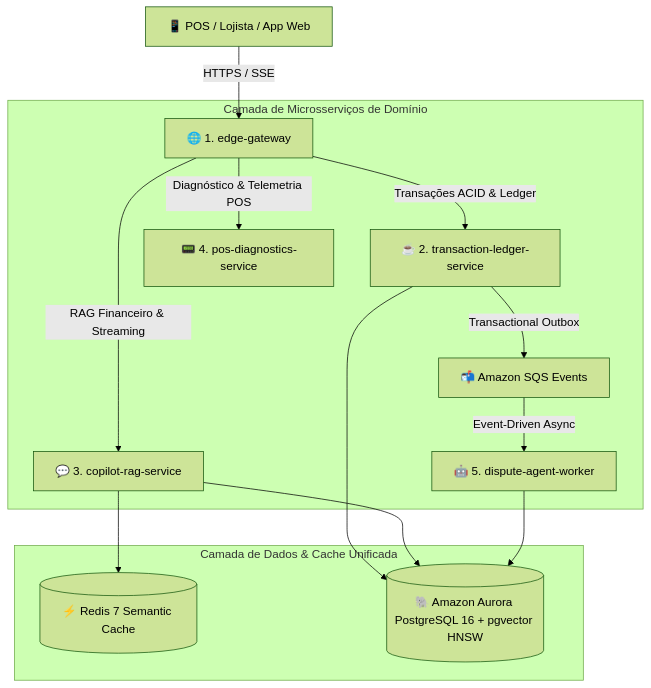
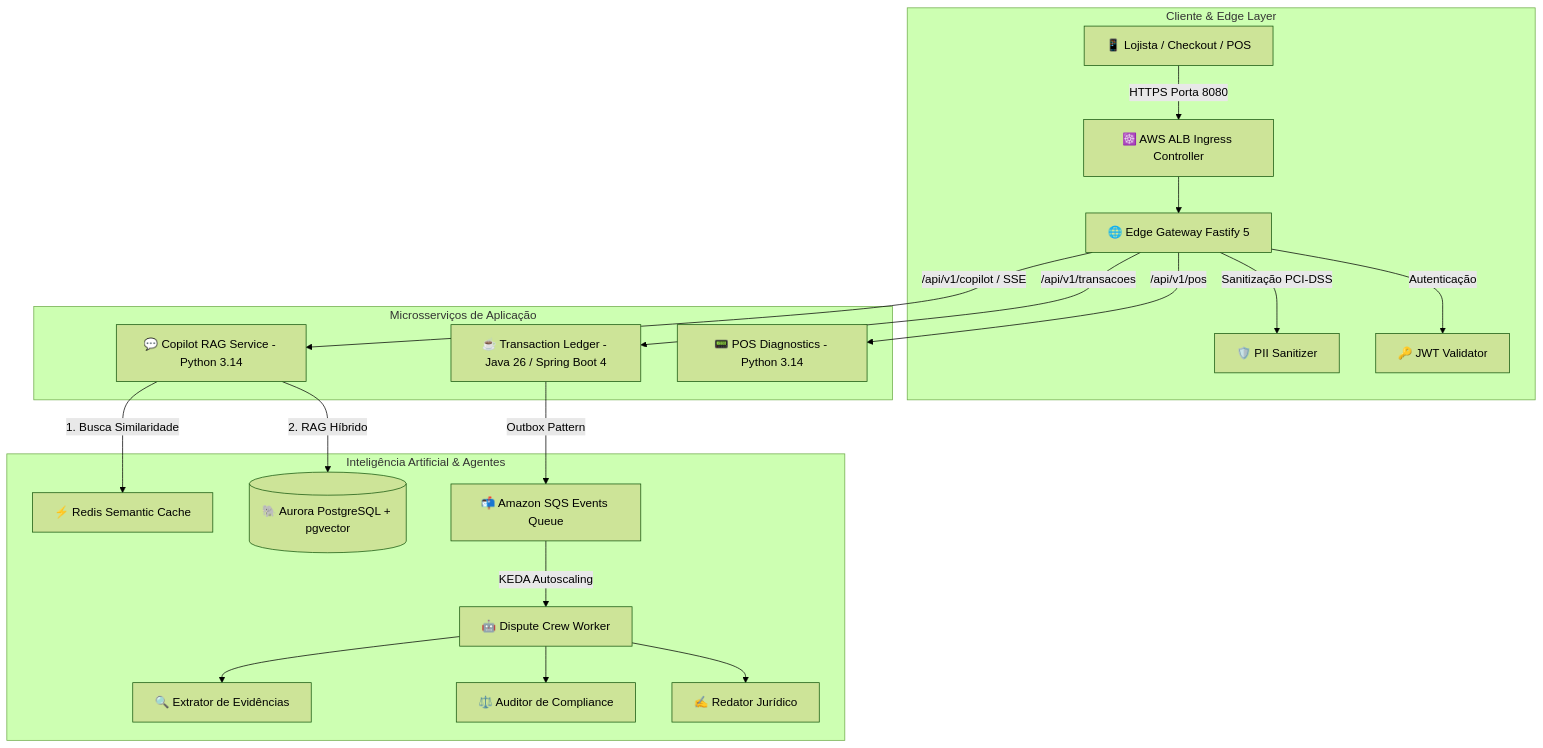
Before and after one commit to MarcelDevBr/nexuspay-ai-engine: the first of 2 diagrams in README.md, drawn with Mermaid (forest theme). The commit also changed other lines of this file and 1 other file, not shown here.

Commit message:
docs: add architectural documentation and update README with comprehensive system overview

````diff
--- a/README.md
+++ b/README.md
@@ -68,18 +65,25 @@
 ```mermaid
-graph TD
-    Client[📱 POS / Lojista / App Web] -->|HTTPS / SSE| EdgeGateway[🌐 1. edge-gateway]
-    
-    subgraph "Camada de Microsserviços de Domínio"
-        EdgeGateway -->|Transações ACID & Ledger| TransactionalCore[☕ 2. transaction-ledger-service]
-        EdgeGateway -->|RAG Financeiro & Streaming| CopilotService[💬 3. copilot-rag-service]
-        EdgeGateway -->|Diagnóstico & Telemetria POS| PosDiagnostics[📟 4. pos-diagnostics-service]
-        
-        TransactionalCore -->|Transactional Outbox| SQS[📬 Amazon SQS Events]
-        SQS -->|Event-Driven Async| DisputeWorker[🤖 5. dispute-agent-worker]
+graph TB
+    subgraph "Cliente & Edge Layer"
+        User[📱 Lojista / Checkout / POS] -->|HTTPS Porta 8080| Ingress[☸️ AWS ALB Ingress Controller]
+        Ingress --> Gateway[🌐 Edge Gateway Fastify 5]
+        Gateway -->|Sanitização PCI-DSS| PII[🛡️ PII Sanitizer]
+        Gateway -->|Autenticação| JWT[🔑 JWT Validator]
     end
-    
-    subgraph "Camada de Dados & Cache Unificada"
-        CopilotService --> Redis[(⚡ Redis 7 Semantic Cache)]
-        TransactionalCore & CopilotService & DisputeWorker --> DB[(🐘 Amazon Aurora PostgreSQL 16 + pgvector HNSW)]
+
+    subgraph "Microsserviços de Aplicação"
+        Gateway -->|/api/v1/transacoes| Core[☕ Transaction Ledger - Java 26 / Spring Boot 4]
+        Gateway -->|/api/v1/copilot / SSE| Copilot[💬 Copilot RAG Service - Python 3.14]
+        Gateway -->|/api/v1/pos| POS[📟 POS Diagnostics - Python 3.14]
+    end
+
+    subgraph "Inteligência Artificial & Agentes"
+        Copilot -->|1. Busca Similaridade| Cache[⚡ Redis Semantic Cache]
+        Copilot -->|2. RAG Híbrido| PGVec[(🐘 Aurora PostgreSQL + pgvector)]
+        Core -->|Outbox Pattern| SQS[📬 Amazon SQS Events Queue]
+        SQS -->|KEDA Autoscaling| DisputeWorker[🤖 Dispute Crew Worker]
+        DisputeWorker --> Ag1[🔍 Extrator de Evidências]
+        DisputeWorker --> Ag2[⚖️ Auditor de Compliance]
+        DisputeWorker --> Ag3[✍️ Redator Jurídico]
     end
 ```
````
